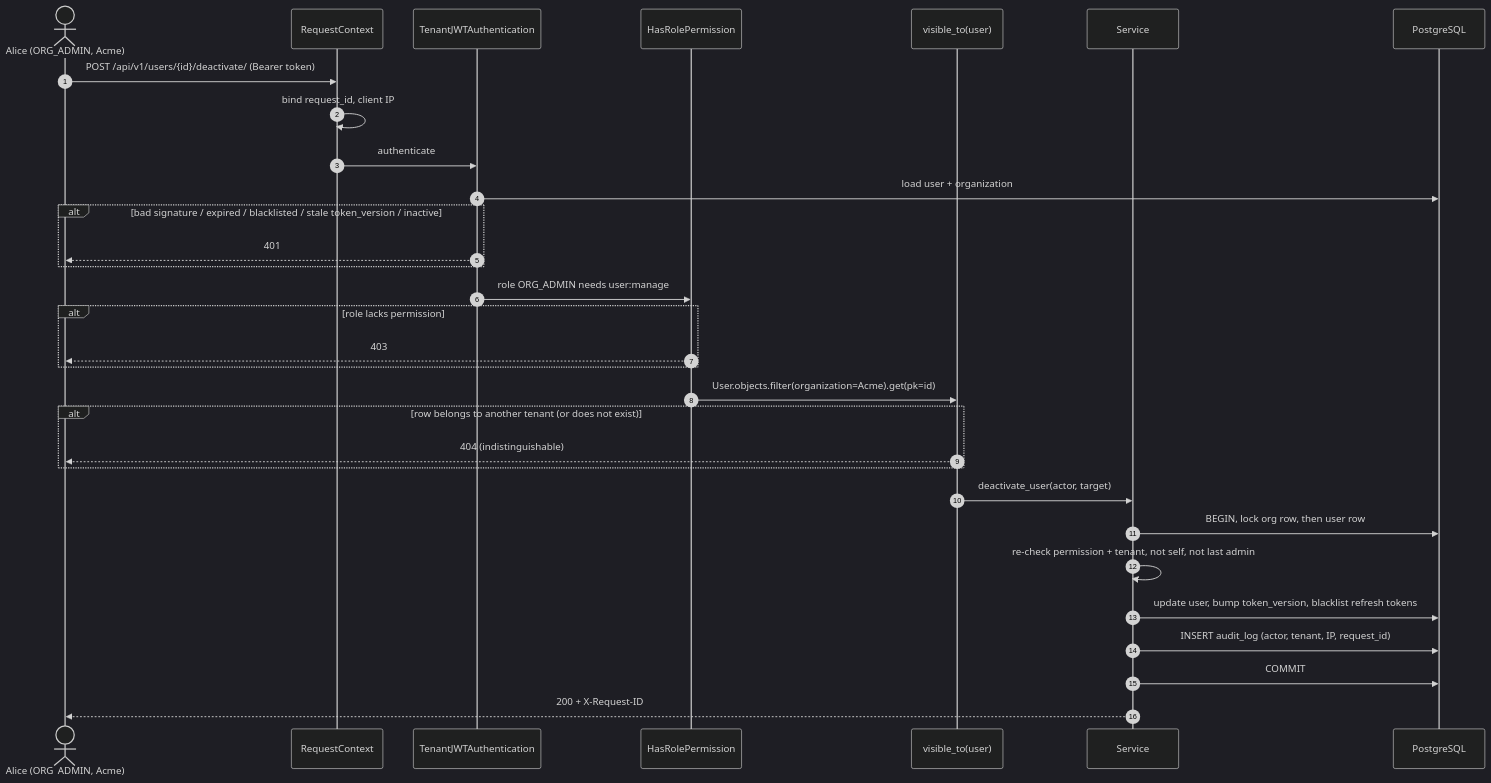
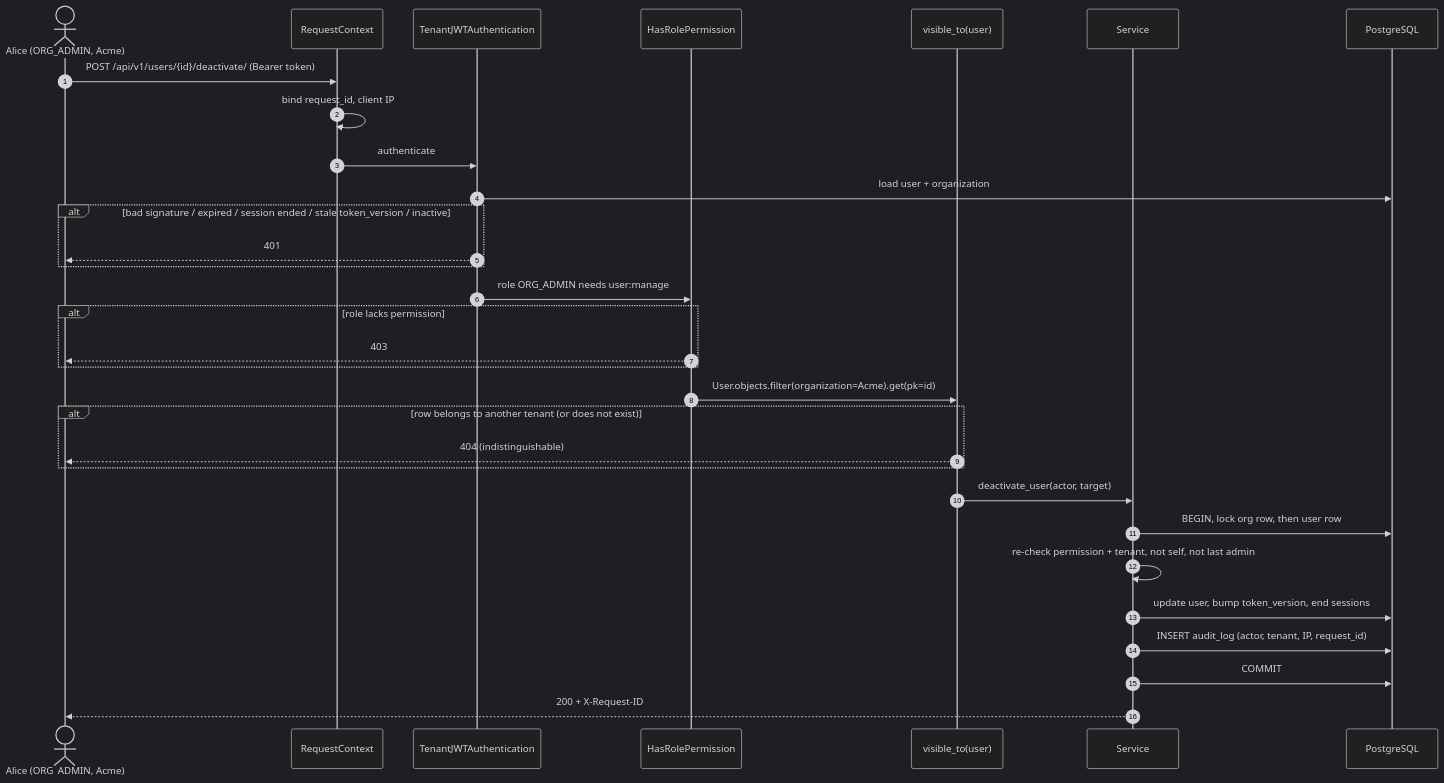
One commit to Arya-9989/secure-multi-tenant-platform changed the second of 2 diagrams in README.md. Above: the diagram before and after it, drawn with Mermaid (dark theme). The commit also changed other lines of this file and 20 other files, not shown here.

````diff
--- a/README.md
+++ b/README.md
@@ -249,34 +253,34 @@
 ```mermaid
 sequenceDiagram
     autonumber
     actor A as Alice (ORG_ADMIN, Acme)
     participant MW as RequestContext
     participant JWT as TenantJWTAuthentication
     participant RBAC as HasRolePermission
     participant QS as visible_to(user)
     participant S as Service
     participant DB as PostgreSQL
 
     A->>MW: POST /api/v1/users/{id}/deactivate/ (Bearer token)
     MW->>MW: bind request_id, client IP
     MW->>JWT: authenticate
     JWT->>DB: load user + organization
-    alt bad signature / expired / blacklisted / stale token_version / inactive
+    alt bad signature / expired / session ended / stale token_version / inactive
         JWT-->>A: 401
     end
     JWT->>RBAC: role ORG_ADMIN needs user:manage
     alt role lacks permission
         RBAC-->>A: 403
     end
     RBAC->>QS: User.objects.filter(organization=Acme).get(pk=id)
     alt row belongs to another tenant (or does not exist)
         QS-->>A: 404 (indistinguishable)
     end
     QS->>S: deactivate_user(actor, target)
     S->>DB: BEGIN, lock org row, then user row
     S->>S: re-check permission + tenant, not self, not last admin
-    S->>DB: update user, bump token_version, blacklist refresh tokens
+    S->>DB: update user, bump token_version, end sessions
     S->>DB: INSERT audit_log (actor, tenant, IP, request_id)
     S->>DB: COMMIT
     S-->>A: 200 + X-Request-ID
 ```
````
